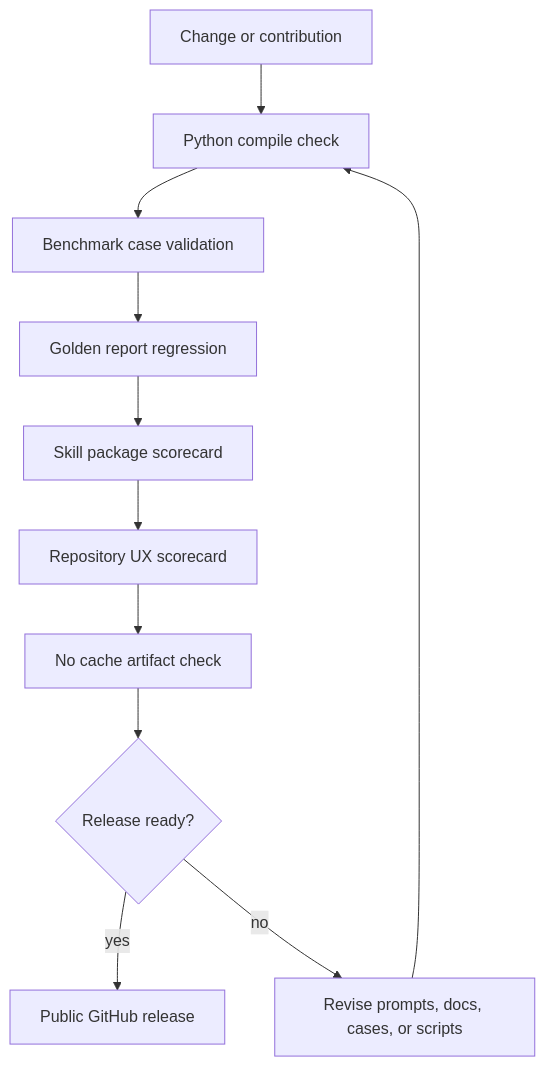
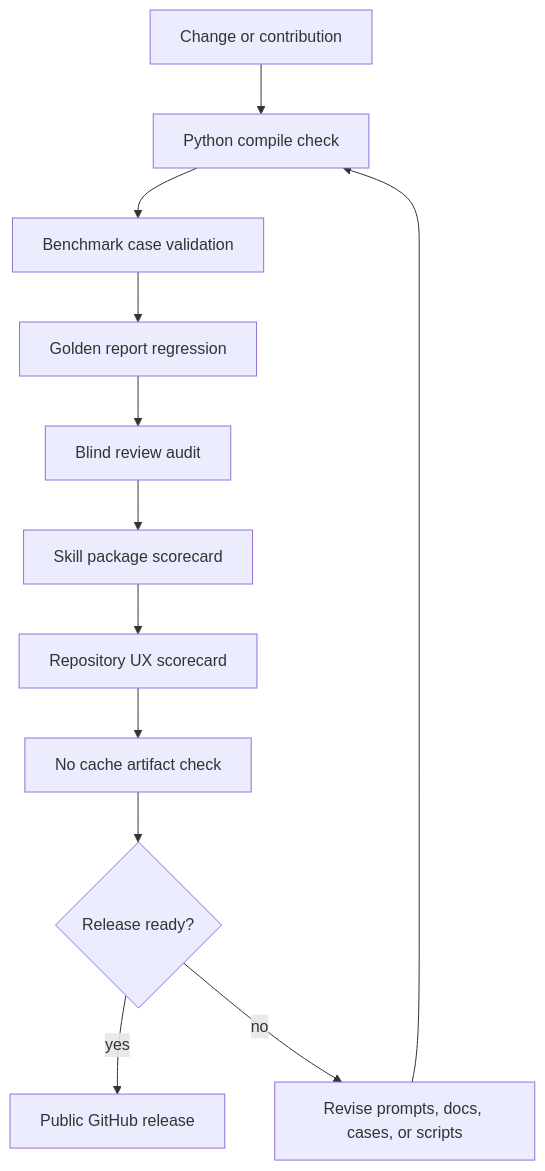
One commit to Zaoqu-Liu/mbti-typing-skill changed the fourth of 5 diagrams in README.md. Above: the diagram before and after it, drawn with Mermaid. The commit also changed other lines of this file and 16 other files, not shown here.

Commit message:
Add blind review evaluation protocol

````diff
--- a/README.md
+++ b/README.md
@@ -292,13 +305,14 @@
 ```mermaid
 flowchart TD
     PR[Change or contribution] --> Compile[Python compile check]
     Compile --> Cases[Benchmark case validation]
     Cases --> Golden[Golden report regression]
-    Golden --> SkillScore[Skill package scorecard]
+    Golden --> Blind[Blind review audit]
+    Blind --> SkillScore[Skill package scorecard]
     SkillScore --> UXScore[Repository UX scorecard]
     UXScore --> Cache[No cache artifact check]
     Cache --> Release{Release ready?}
     Release -->|yes| Publish[Public GitHub release]
     Release -->|no| Fix[Revise prompts, docs, cases, or scripts]
     Fix --> Compile
 ```
````
